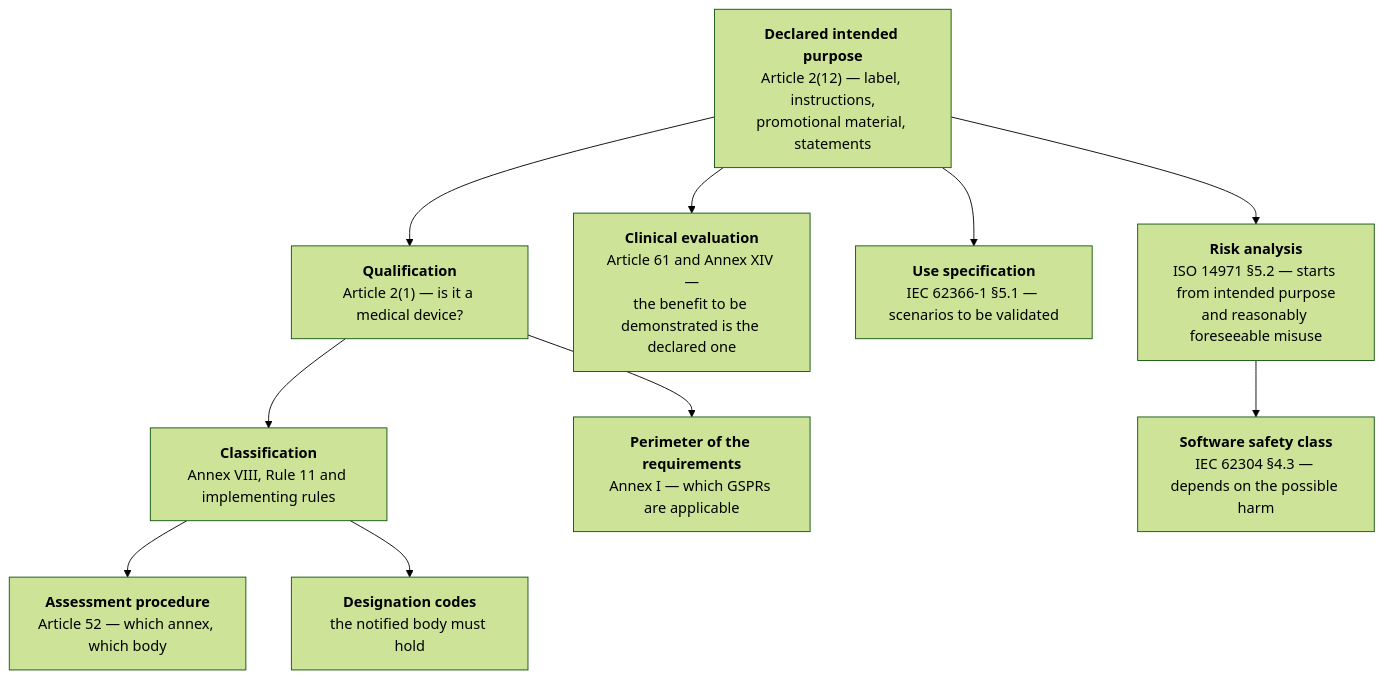
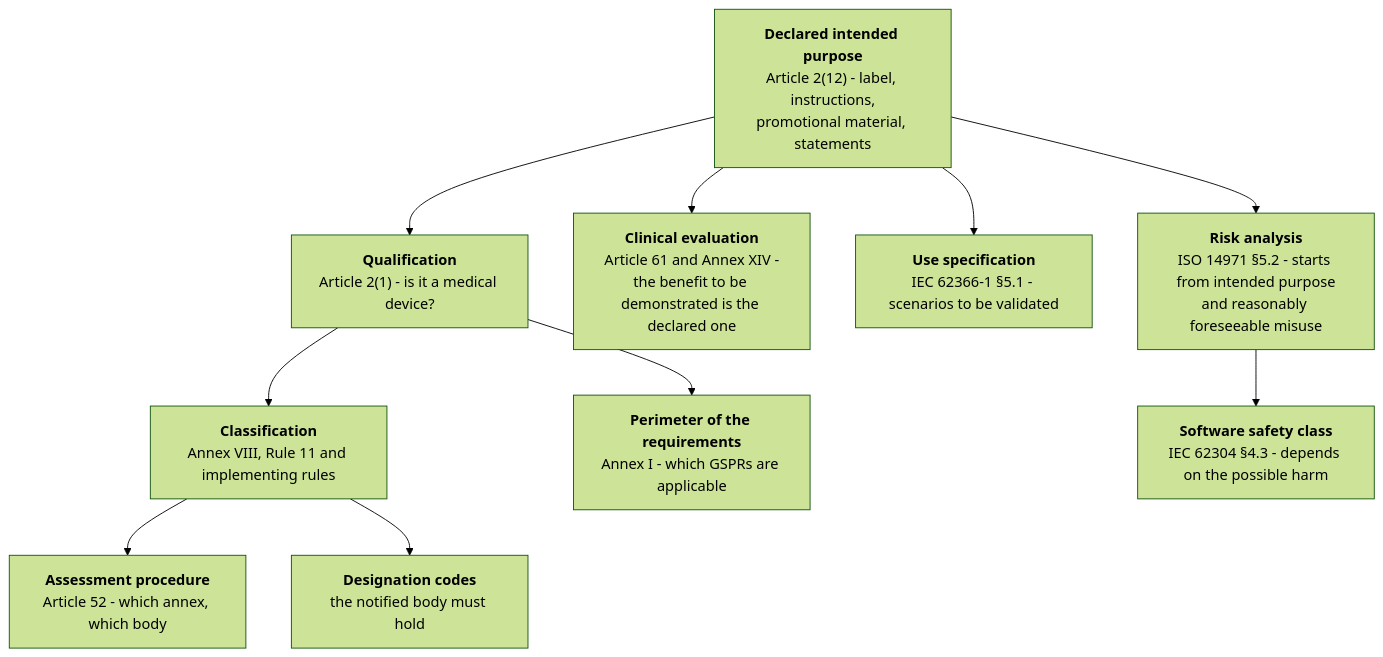
The diagram in website/i18n/en/docusaurus-plugin-content-docs/current/08_compliance/02-qualificazione-e-classificazione.md (fedcal/Telemedic), drawn with Mermaid (forest theme) before and after one commit. The commit also changed other lines of this file and 301 other files, not shown here.

````diff
--- a/website/i18n/en/docusaurus-plugin-content-docs/current/08_compliance/02-qualificazione-e-classificazione.md
+++ b/website/i18n/en/docusaurus-plugin-content-docs/current/08_compliance/02-qualificazione-e-classificazione.md
@@ -38,13 +38,13 @@
 ```mermaid
 flowchart TD
-    IU["<b>Declared intended purpose</b><br/>Article 2(12) — label, instructions,<br/>promotional material, statements"]
-    IU --> Q["<b>Qualification</b><br/>Article 2(1) — is it a medical device?"]
+    IU["<b>Declared intended purpose</b><br/>Article 2(12) - label, instructions,<br/>promotional material, statements"]
+    IU --> Q["<b>Qualification</b><br/>Article 2(1) - is it a medical device?"]
     Q --> C["<b>Classification</b><br/>Annex VIII, Rule 11 and implementing rules"]
-    C --> P["<b>Assessment procedure</b><br/>Article 52 — which annex, which body"]
-    Q --> G["<b>Perimeter of the requirements</b><br/>Annex I — which GSPRs are applicable"]
-    IU --> CE["<b>Clinical evaluation</b><br/>Article 61 and Annex XIV —<br/>the benefit to be demonstrated is the declared one"]
-    IU --> UE["<b>Use specification</b><br/>IEC 62366-1 §5.1 — scenarios to be validated"]
-    IU --> RM["<b>Risk analysis</b><br/>ISO 14971 §5.2 — starts from intended purpose<br/>and reasonably foreseeable misuse"]
-    RM --> SC["<b>Software safety class</b><br/>IEC 62304 §4.3 — depends on the possible harm"]
+    C --> P["<b>Assessment procedure</b><br/>Article 52 - which annex, which body"]
+    Q --> G["<b>Perimeter of the requirements</b><br/>Annex I - which GSPRs are applicable"]
+    IU --> CE["<b>Clinical evaluation</b><br/>Article 61 and Annex XIV -<br/>the benefit to be demonstrated is the declared one"]
+    IU --> UE["<b>Use specification</b><br/>IEC 62366-1 §5.1 - scenarios to be validated"]
+    IU --> RM["<b>Risk analysis</b><br/>ISO 14971 §5.2 - starts from intended purpose<br/>and reasonably foreseeable misuse"]
+    RM --> SC["<b>Software safety class</b><br/>IEC 62304 §4.3 - depends on the possible harm"]
     C --> ON["<b>Designation codes</b><br/>the notified body must hold"]
 ```
````
